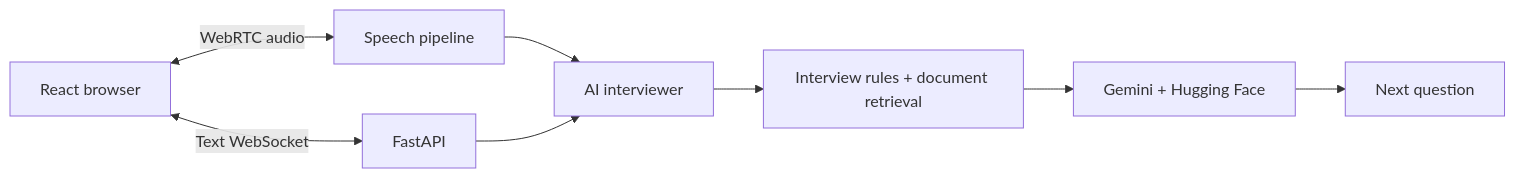
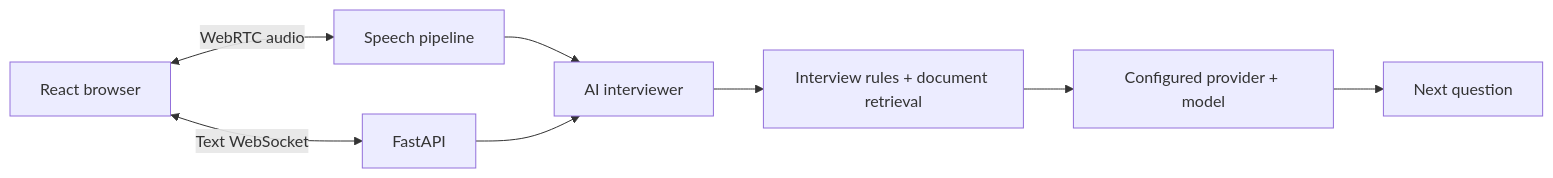
One commit to YashJain2410/AI-Interview-Platform changed the diagram in README.md. Above: the diagram before and after it, drawn with Mermaid. The commit also changed other lines of this file and 20 other files, not shown here.

````diff
--- a/README.md
+++ b/README.md
@@ -30,10 +30,10 @@
 ```mermaid
 flowchart LR
     Browser[React browser] <-->|Text WebSocket| API[FastAPI]
     Browser <-->|WebRTC audio| Voice[Speech pipeline]
     Voice --> AI[AI interviewer]
     API --> AI
     AI --> Context[Interview rules + document retrieval]
-    Context --> Models[Gemini + Hugging Face]
+    Context --> Models[Configured provider + model]
     Models --> Question[Next question]
 ```
````
